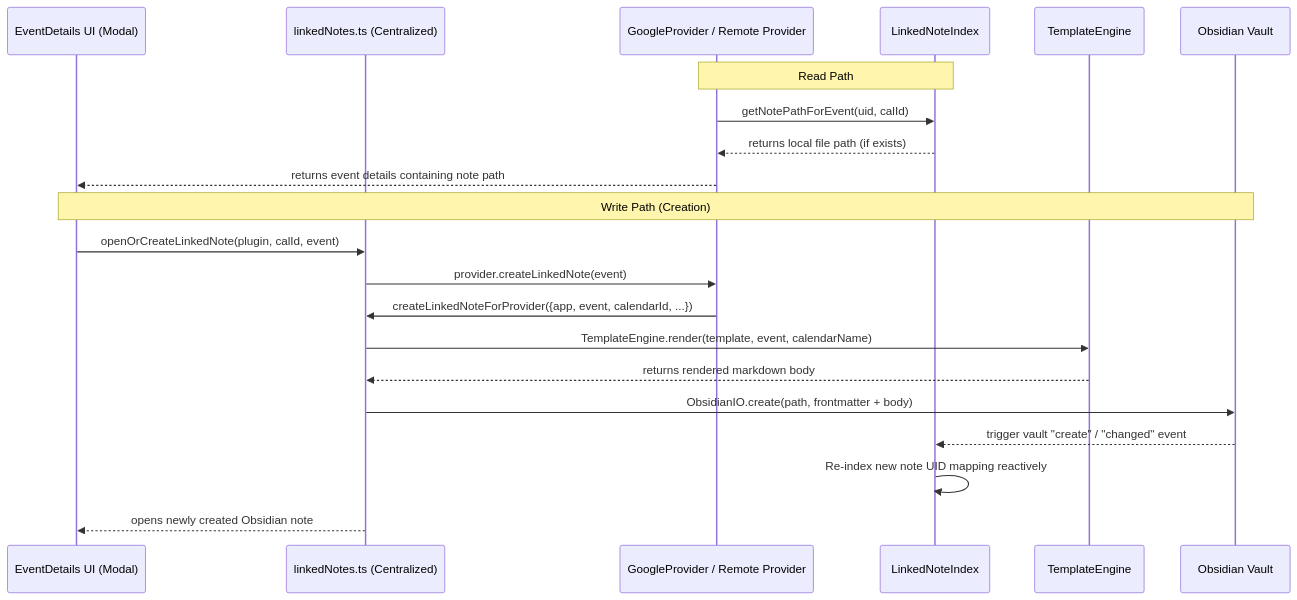
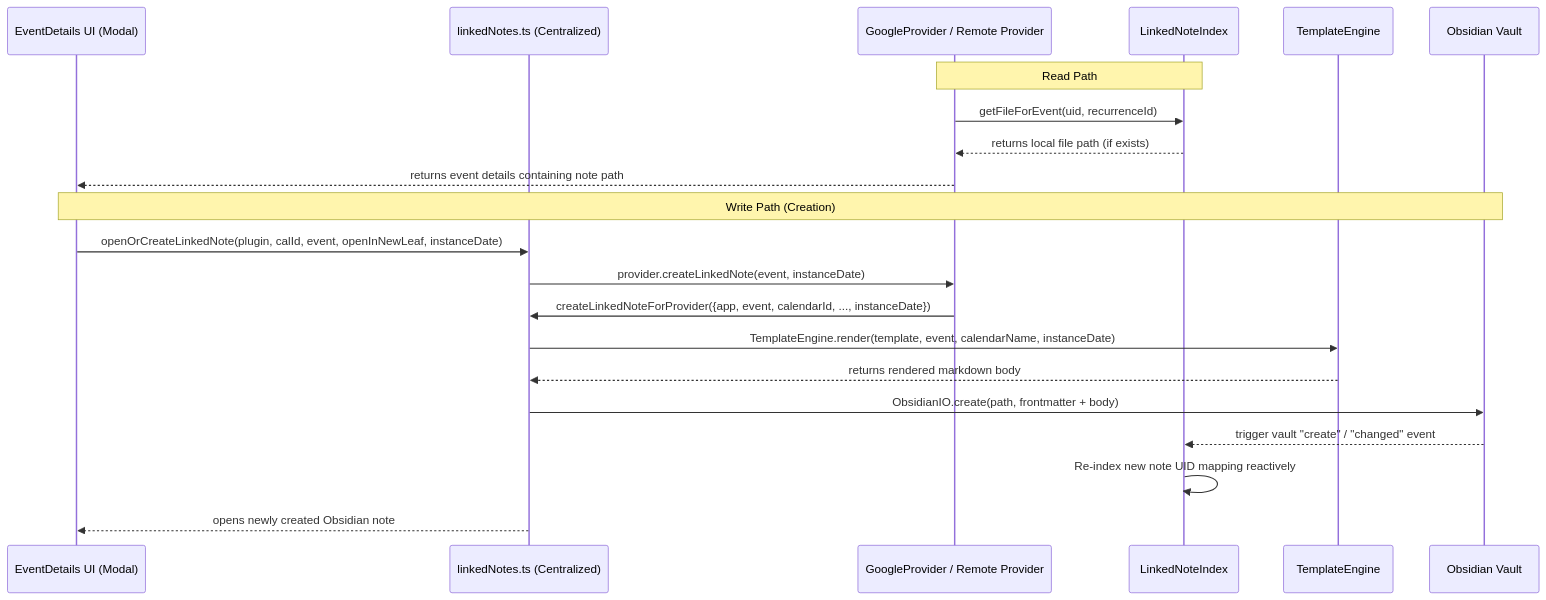
Before and after one commit to 1vav/plugin-full-calendar: the diagram in docs/architecture/system/features/event-linked-notes.md, drawn with Mermaid. The commit also changed other lines of this file and 72 other files, not shown here.

First line of the commit message:
feat: add linked-note recurrence handling, live preview decorators, embedded widgets, holidays, and milestones (#281)

````diff
--- a/docs/architecture/system/features/event-linked-notes.md
+++ b/docs/architecture/system/features/event-linked-notes.md
@@ -57,25 +81,25 @@
 ```mermaid
 sequenceDiagram
     participant UI as EventDetails UI (Modal)
     participant LN as linkedNotes.ts (Centralized)
     participant GP as GoogleProvider / Remote Provider
     participant LNI as LinkedNoteIndex
     participant TE as TemplateEngine
     participant V as Obsidian Vault
 
     Note over GP,LNI: Read Path
-    GP->>LNI: getNotePathForEvent(uid, calId)
+    GP->>LNI: getFileForEvent(uid, recurrenceId)
     LNI-->>GP: returns local file path (if exists)
     GP-->>UI: returns event details containing note path
 
     Note over UI,V: Write Path (Creation)
-    UI->>LN: openOrCreateLinkedNote(plugin, calId, event)
-    LN->>GP: provider.createLinkedNote(event)
-    GP->>LN: createLinkedNoteForProvider({app, event, calendarId, ...})
-    LN->>TE: TemplateEngine.render(template, event, calendarName)
+    UI->>LN: openOrCreateLinkedNote(plugin, calId, event, openInNewLeaf, instanceDate)
+    LN->>GP: provider.createLinkedNote(event, instanceDate)
+    GP->>LN: createLinkedNoteForProvider({app, event, calendarId, ..., instanceDate})
+    LN->>TE: TemplateEngine.render(template, event, calendarName, instanceDate)
     TE-->>LN: returns rendered markdown body
     LN->>V: ObsidianIO.create(path, frontmatter + body)
     V-->>LNI: trigger vault "create" / "changed" event
     LNI->>LNI: Re-index new note UID mapping reactively
     LN-->>UI: opens newly created Obsidian note
 ```
````
